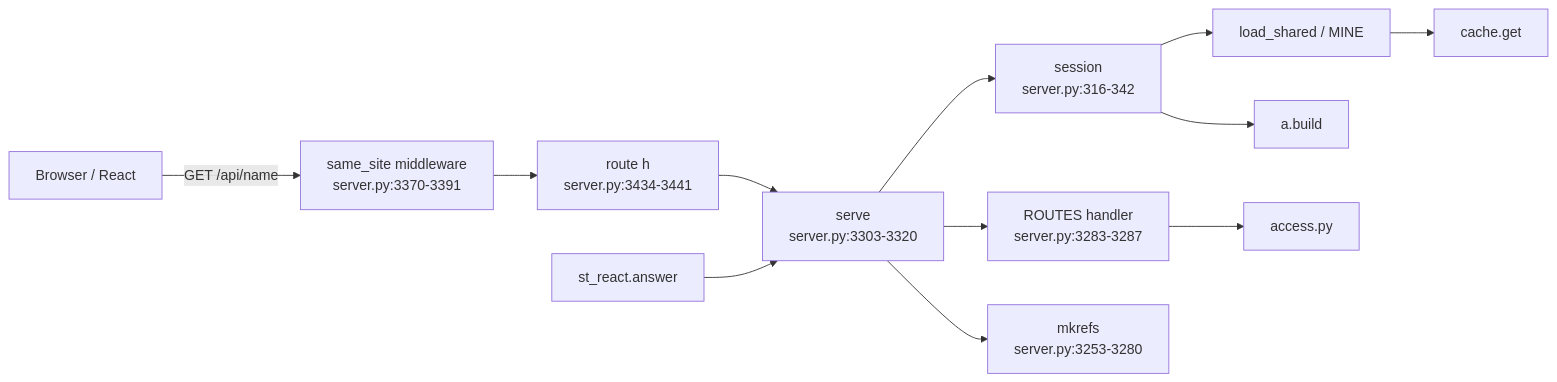
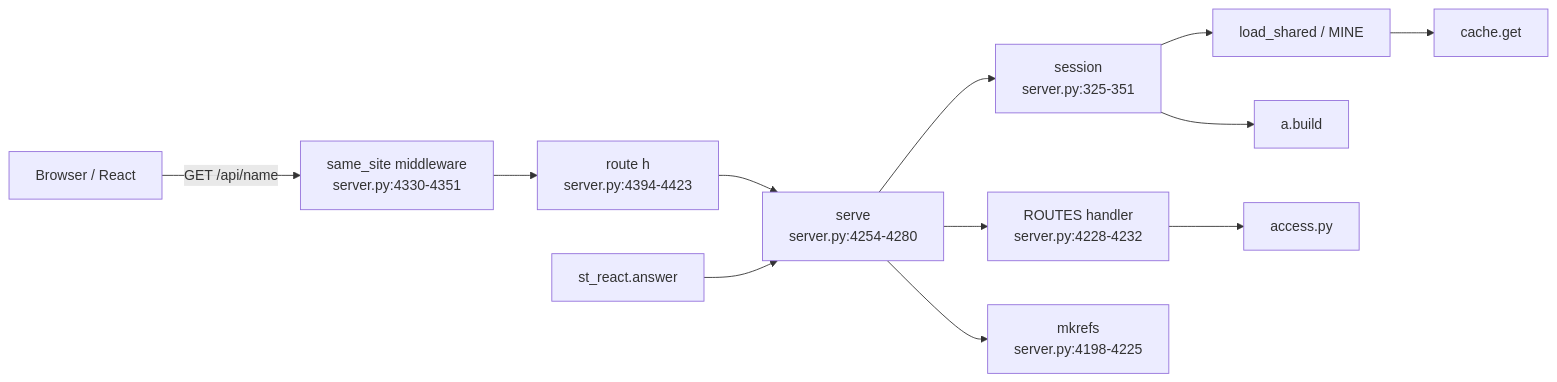
Before and after one commit to darshanmeel/snowflake-access-explorer: the first of 2 diagrams in snowflake-access-explorer-knowledge-graph/modules/server.md, drawn with Mermaid. The commit also changed other lines of this file and 97 other files, not shown here.

First line of the commit message:
Knowledge graph: updated for 80 commits (read levels, object inventory, object activity, graph focus, risks, Home)

````diff
--- a/snowflake-access-explorer-knowledge-graph/modules/server.md
+++ b/snowflake-access-explorer-knowledge-graph/modules/server.md
@@ -6,14 +6,14 @@
 ```mermaid
 flowchart LR
-  B[Browser / React] -->|GET /api/name| MW[same_site middleware<br/>server.py:3370-3391]
-  MW --> R[route h<br/>server.py:3434-3441]
-  R --> SV[serve<br/>server.py:3303-3320]
-  SV --> SE[session<br/>server.py:316-342]
+  B[Browser / React] -->|GET /api/name| MW[same_site middleware<br/>server.py:4330-4351]
+  MW --> R[route h<br/>server.py:4394-4423]
+  R --> SV[serve<br/>server.py:4254-4280]
+  SV --> SE[session<br/>server.py:325-351]
   SE --> LS[load_shared / MINE]
   LS --> C[cache.get]
   SE --> AB[a.build]
-  SV --> H[ROUTES handler<br/>server.py:3283-3287]
+  SV --> H[ROUTES handler<br/>server.py:4228-4232]
   H --> A[access.py]
-  SV --> MK[mkrefs<br/>server.py:3253-3280]
+  SV --> MK[mkrefs<br/>server.py:4198-4225]
   ST[st_react.answer] --> SV
 ```
````
